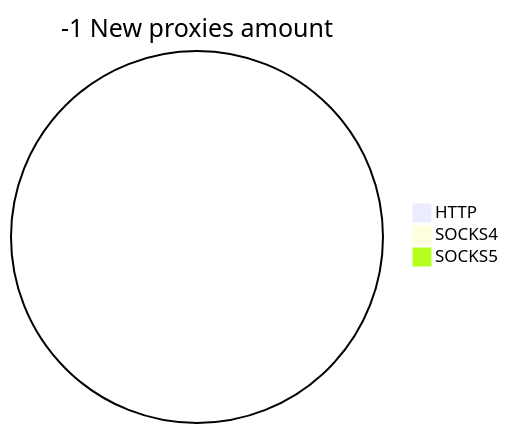
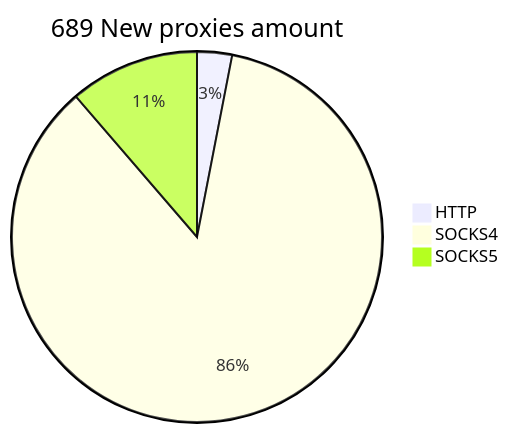
Before and after one commit to cutipu/proxylist: the second of 2 diagrams in README.md, drawn with Mermaid. The commit also changed other lines of this file, not shown here.

````diff
--- a/README.md
+++ b/README.md
@@ -10,6 +10,6 @@
 ```mermaid
-pie title -1 New proxies amount
-    "HTTP" : 0
-    "SOCKS4" : 0
-    "SOCKS5" : 0
+pie title 689 New proxies amount
+    "HTTP" : 21
+    "SOCKS4" : 590
+    "SOCKS5" : 78
 ```
````
